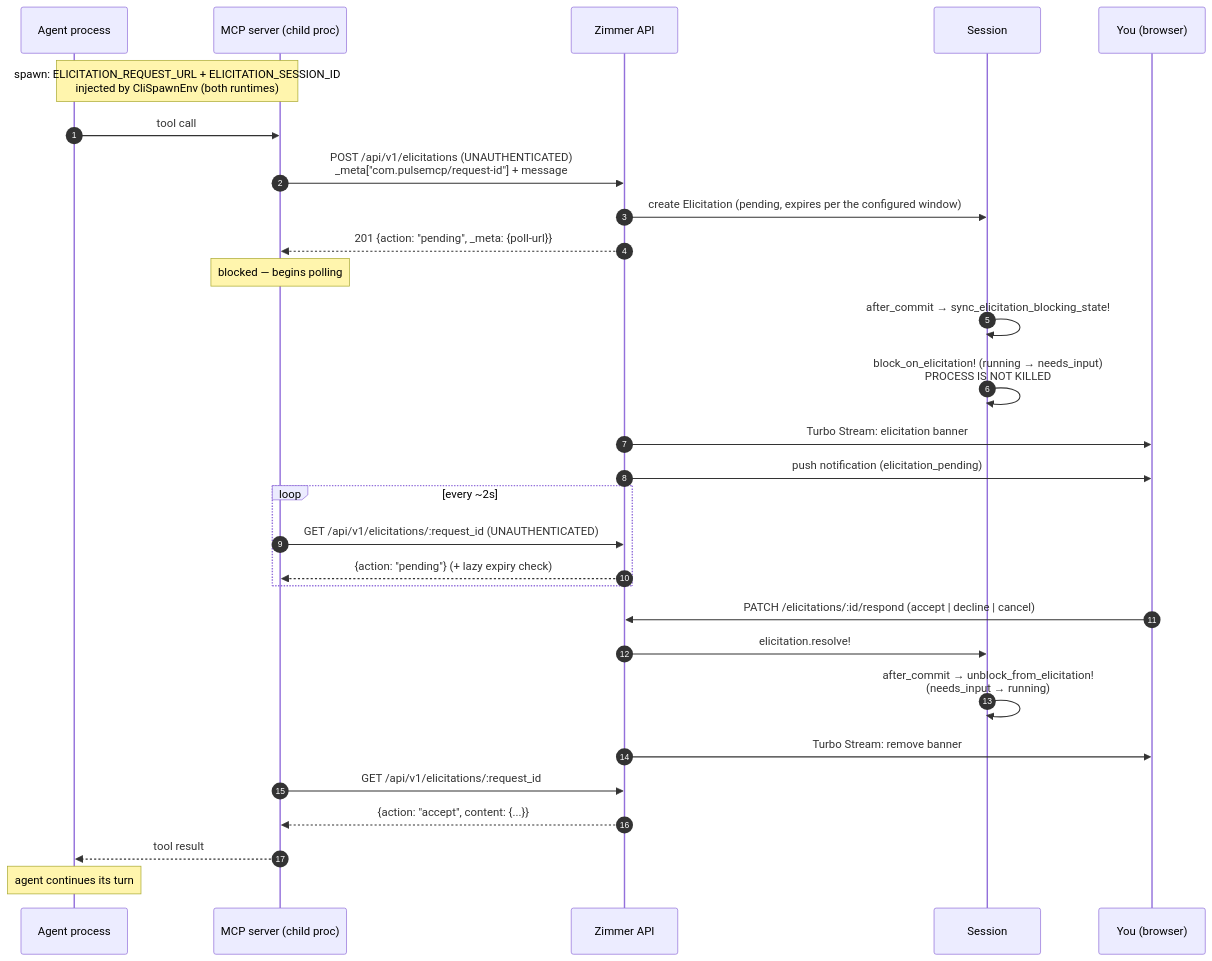
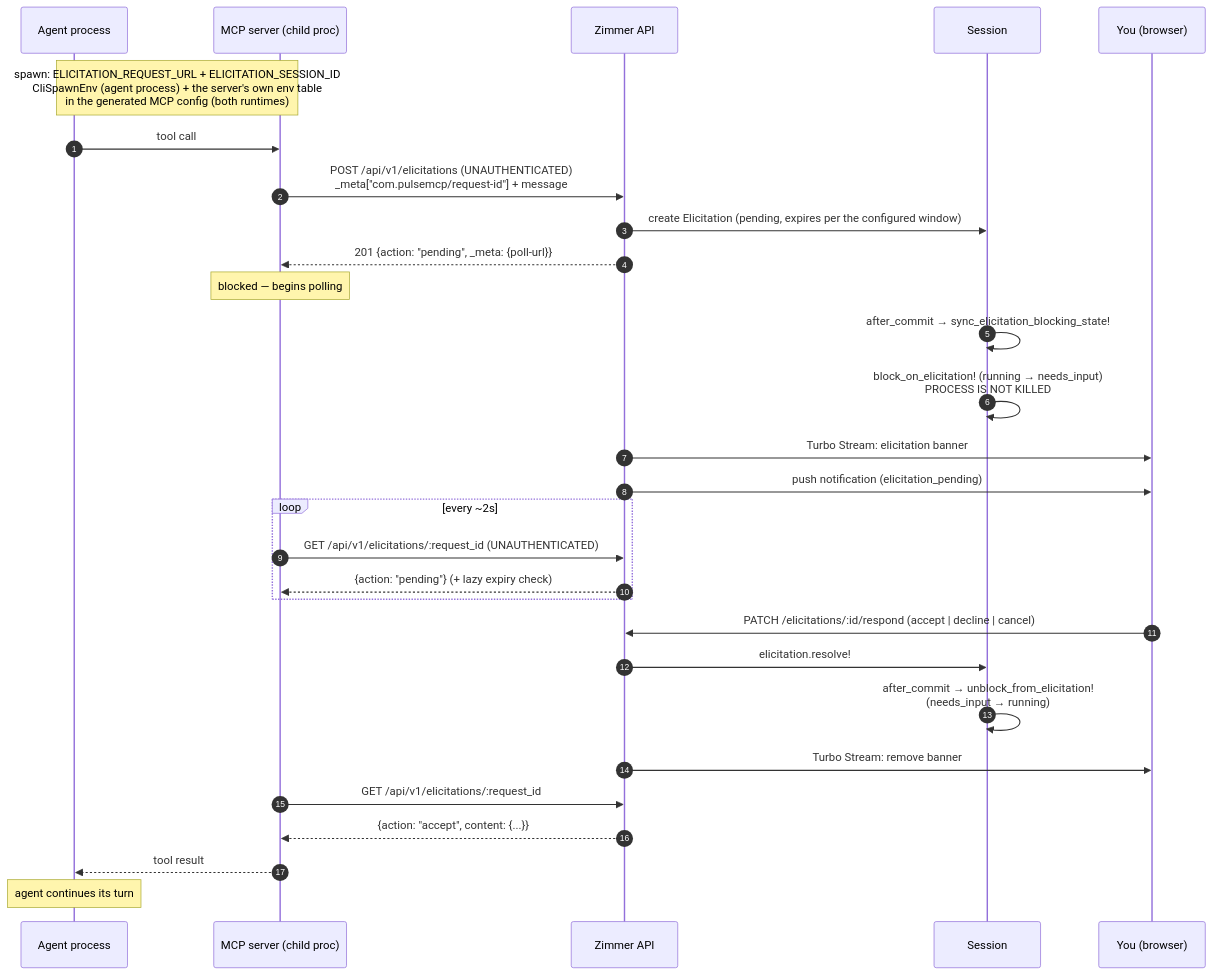
Before and after one commit to tadasant/zimmer: the diagram in docs/src/content/docs/sessions/elicitation.md, drawn with Mermaid. The commit also changed other lines of this file and 9 other files, not shown here.

````diff
--- a/docs/src/content/docs/sessions/elicitation.md
+++ b/docs/src/content/docs/sessions/elicitation.md
@@ -18,34 +18,34 @@
 ```mermaid
 sequenceDiagram
     autonumber
     participant P as Agent process
     participant M as MCP server (child proc)
     participant Z as Zimmer API
     participant S as Session
     participant U as You (browser)
 
-    Note over P,M: spawn: ELICITATION_REQUEST_URL + ELICITATION_SESSION_ID<br/>injected by CliSpawnEnv (both runtimes)
+    Note over P,M: spawn: ELICITATION_REQUEST_URL + ELICITATION_SESSION_ID<br/>CliSpawnEnv (agent process) + the server's own env table<br/>in the generated MCP config (both runtimes)
     P->>M: tool call
     M->>Z: POST /api/v1/elicitations (UNAUTHENTICATED)<br/>_meta["com.pulsemcp/request-id"] + message
     Z->>S: create Elicitation (pending, expires per the configured window)
     Z-->>M: 201 {action: "pending", _meta: {poll-url}}
     Note over M: blocked — begins polling
     S->>S: after_commit → sync_elicitation_blocking_state!
     S->>S: block_on_elicitation! (running → needs_input)<br/>PROCESS IS NOT KILLED
     Z->>U: Turbo Stream: elicitation banner
     Z->>U: push notification (elicitation_pending)
 
     loop every ~2s
         M->>Z: GET /api/v1/elicitations/:request_id (UNAUTHENTICATED)
         Z-->>M: {action: "pending"} (+ lazy expiry check)
     end
 
     U->>Z: PATCH /elicitations/:id/respond (accept | decline | cancel)
     Z->>S: elicitation.resolve!
     S->>S: after_commit → unblock_from_elicitation!<br/>(needs_input → running)
     Z->>U: Turbo Stream: remove banner
     M->>Z: GET /api/v1/elicitations/:request_id
     Z-->>M: {action: "accept", content: {...}}
     M-->>P: tool result
     Note over P: agent continues its turn
 ```
````
